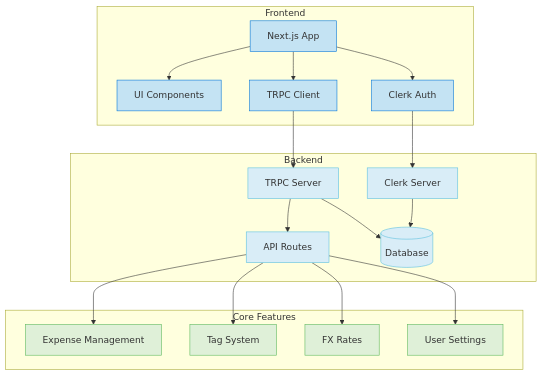
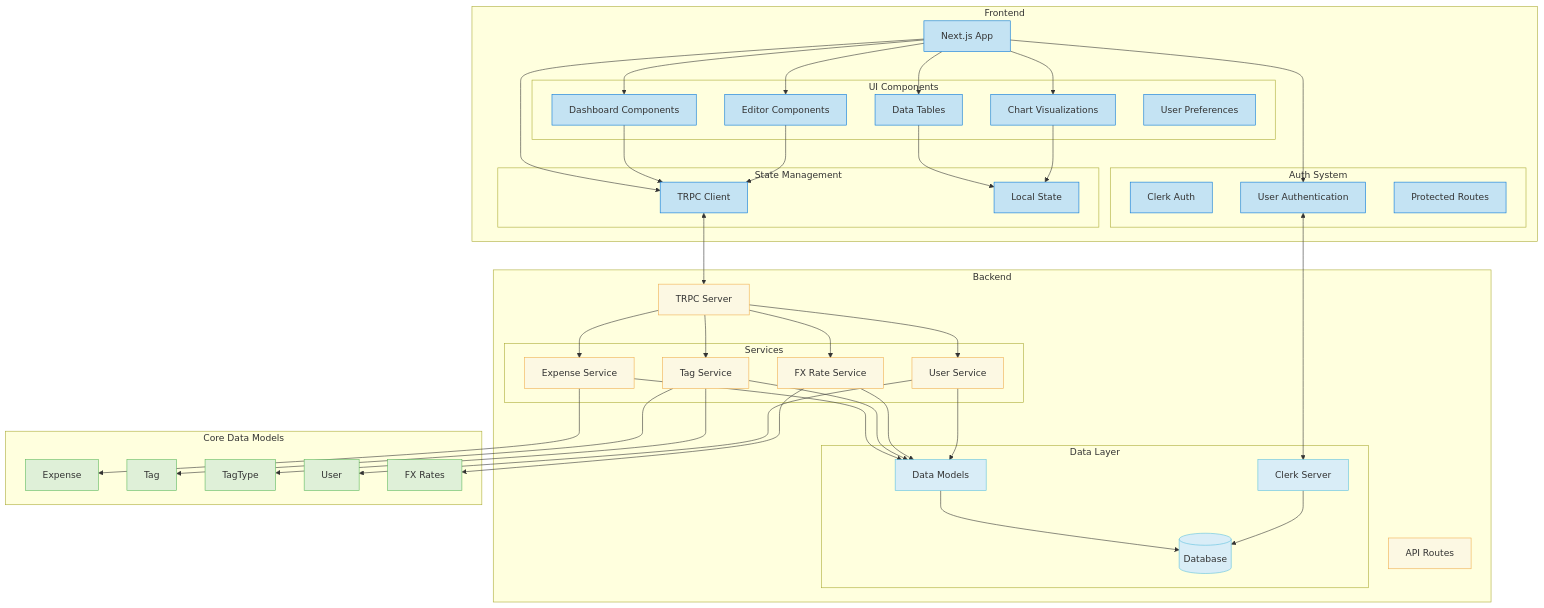
The first of 4 diagrams in schema.md (iosifv/recspenses), drawn with Mermaid before and after one commit. The commit also changed other lines of this file and 1 other file, not shown here.

````diff
--- a/schema.md
+++ b/schema.md
@@ -2,46 +6,95 @@
 flowchart TB
     subgraph "Frontend"
         NextJS[Next.js App]
-        UI[UI Components]
-        TRPC[TRPC Client]
-        Clerk[Clerk Auth]
+        
+        subgraph "UI Components"
+            Dashboard[Dashboard Components]
+            Editor[Editor Components]
+            DataTables[Data Tables]
+            Charts[Chart Visualizations]
+            Settings[User Settings]
+        end
+        
+        subgraph "State Management"
+            TRPC[TRPC Client]
+            LocalState[Local State]
+            Settings[User Preferences]
+        end
+        
+        subgraph "Auth System"
+            Clerk[Clerk Auth]
+            Auth[User Authentication]
+            AuthGuards[Protected Routes]
+        end
     end
 
     subgraph "Backend"
         API[API Routes]
         TRPCServer[TRPC Server]
-        DB[(Database)]
-        ClerkServer[Clerk Server]
+        
+        subgraph "Data Layer"
+            DB[(Database)]
+            Models[Data Models]
+            ClerkServer[Clerk Server]
+        end
+        
+        subgraph "Services"
+            ExpenseService[Expense Service]
+            TagService[Tag Service]
+            FXService[FX Rate Service]
+            UserService[User Service]
+        end
     end
 
-    subgraph "Core Features"
-        Expenses[Expense Management]
-        Tags[Tag System]
-        FX[FX Rates]
-        User[User Settings]
+    NextJS --> Dashboard
+    NextJS --> Editor
+    NextJS --> DataTables
+    NextJS --> Charts
+    NextJS --> TRPC
+    NextJS --> Auth
+    
+    Dashboard --> TRPC
+    Editor --> TRPC
+    DataTables --> LocalState
+    Charts --> LocalState
+    
+    TRPC <--> TRPCServer
+    Auth <--> ClerkServer
+
+    TRPCServer --> ExpenseService
+    TRPCServer --> TagService
+    TRPCServer --> FXService
+    TRPCServer --> UserService
+    
+    ExpenseService --> Models
+    TagService --> Models
+    FXService --> Models
+    UserService --> Models
+    
+    Models --> DB
+    ClerkServer --> DB
+    
+    subgraph "Core Data Models"
+        Expense[Expense]
+        Tag[Tag]
+        TagType[TagType]
+        User[User]
+        FXRates[FX Rates]
     end
-
-    NextJS --> UI
-    NextJS --> TRPC
-    NextJS --> Clerk
-
-    TRPC --> TRPCServer
-    Clerk --> ClerkServer
-
-    TRPCServer --> API
-    TRPCServer --> DB
-    ClerkServer --> DB
-
-    API --> Expenses
-    API --> Tags
-    API --> FX
-    API --> User
+    
+    ExpenseService --> Expense
+    TagService --> Tag
+    TagService --> TagType
+    UserService --> User
+    FXService --> FXRates
 
     classDef frontend fill:#c4e3f3,stroke:#0275d8
     classDef backend fill:#d9edf7,stroke:#5bc0de
-    classDef features fill:#dff0d8,stroke:#5cb85c
+    classDef models fill:#dff0d8,stroke:#5cb85c
+    classDef services fill:#fcf8e3,stroke:#f0ad4e
     
-    class NextJS,UI,TRPC,Clerk frontend
-    class API,TRPCServer,DB,ClerkServer backend
-    class Expenses,Tags,FX,User features
+    class NextJS,Dashboard,Editor,DataTables,Charts,Settings,TRPC,LocalState,Auth,AuthGuards,Clerk frontend
+    class API,TRPCServer,ExpenseService,TagService,FXService,UserService services
+    class DB,Models,ClerkServer backend
+    class Expense,Tag,TagType,User,FXRates models
 ```
````
